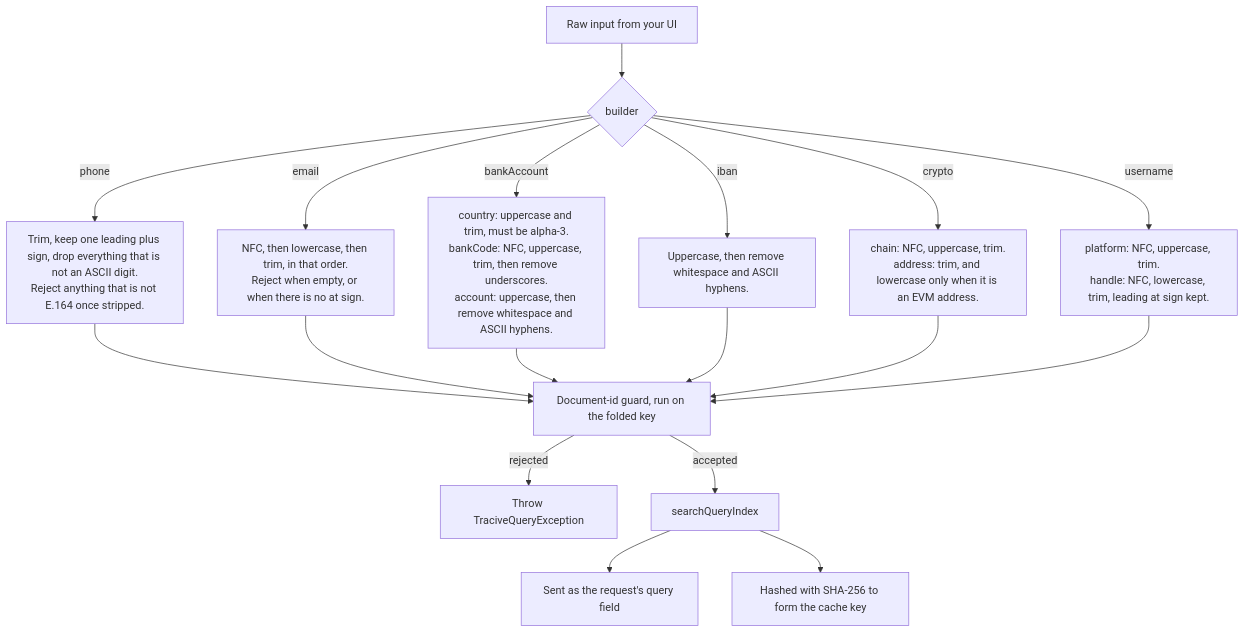
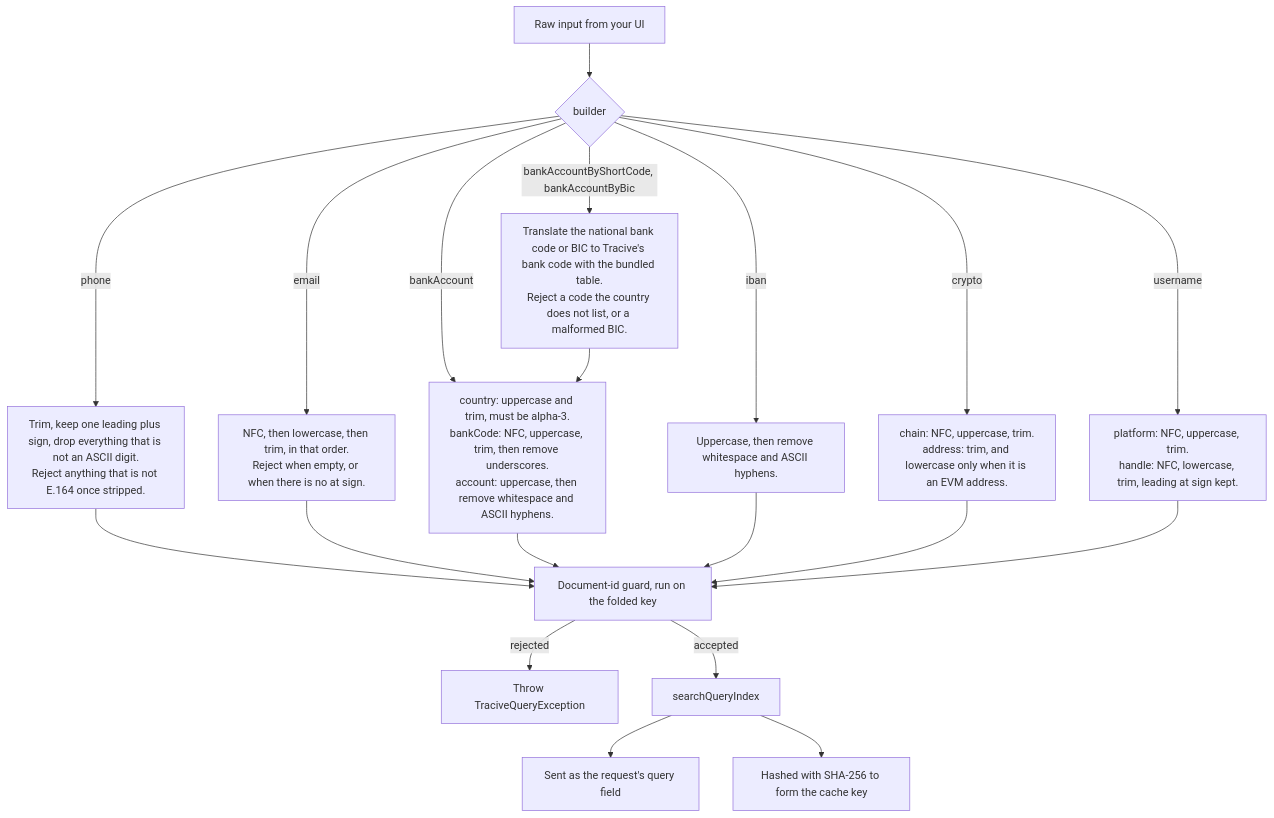
One commit to pleistocent/tracive-sdk-kotlin changed the fifth of 5 diagrams in docs/architecture.md. Above: the diagram before and after it, drawn with Mermaid. The commit also changed other lines of this file and 19 other files, not shown here.

First line of the commit message:
feat: resolve a national bank code or BIC to Tracive's bank code

````diff
--- a/docs/architecture.md
+++ b/docs/architecture.md
@@ -289,20 +289,22 @@
 ```mermaid
 flowchart TD
     In["Raw input from your UI"] --> Kind{"builder"}
     Kind -->|"phone"| P["Trim, keep one leading plus sign, drop everything that is not an ASCII digit.<br/>Reject anything that is not E.164 once stripped."]
     Kind -->|"email"| E["NFC, then lowercase, then trim, in that order.<br/>Reject when empty, or when there is no at sign."]
     Kind -->|"bankAccount"| B["country: uppercase and trim, must be alpha-3.<br/>bankCode: NFC, uppercase, trim, then remove underscores.<br/>account: uppercase, then remove whitespace and ASCII hyphens."]
+    Kind -->|"bankAccountByShortCode, bankAccountByBic"| T["Translate the national bank code or BIC to Tracive's bank code with the bundled table.<br/>Reject a code the country does not list, or a malformed BIC."]
+    T --> B
     Kind -->|"iban"| I["Uppercase, then remove whitespace and ASCII hyphens."]
     Kind -->|"crypto"| C["chain: NFC, uppercase, trim.<br/>address: trim, and lowercase only when it is an EVM address."]
     Kind -->|"username"| U["platform: NFC, uppercase, trim.<br/>handle: NFC, lowercase, trim, leading at sign kept."]
     P --> Guard["Document-id guard, run on the folded key"]
     E --> Guard
     B --> Guard
     I --> Guard
     C --> Guard
     U --> Guard
     Guard -->|"rejected"| Bad["Throw TraciveQueryException"]
     Guard -->|"accepted"| Out["searchQueryIndex"]
     Out --> Wire["Sent as the request's query field"]
     Out --> Key["Hashed with SHA-256 to form the cache key"]
 ```
````
